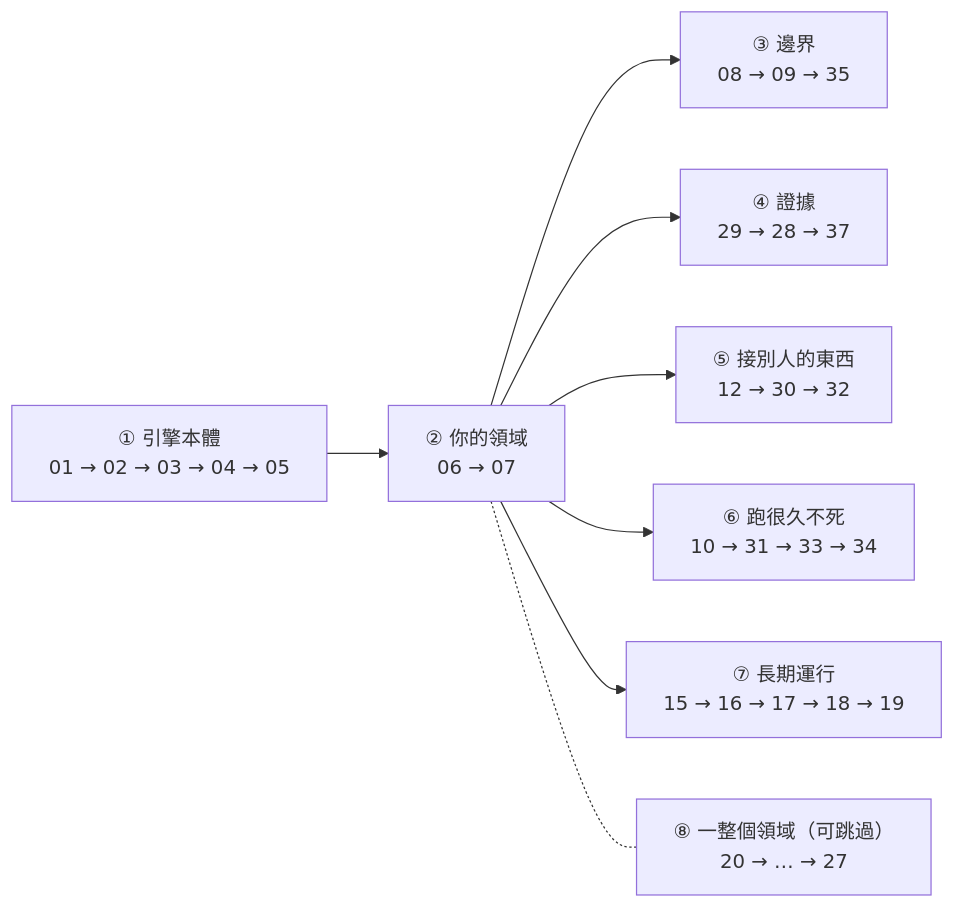
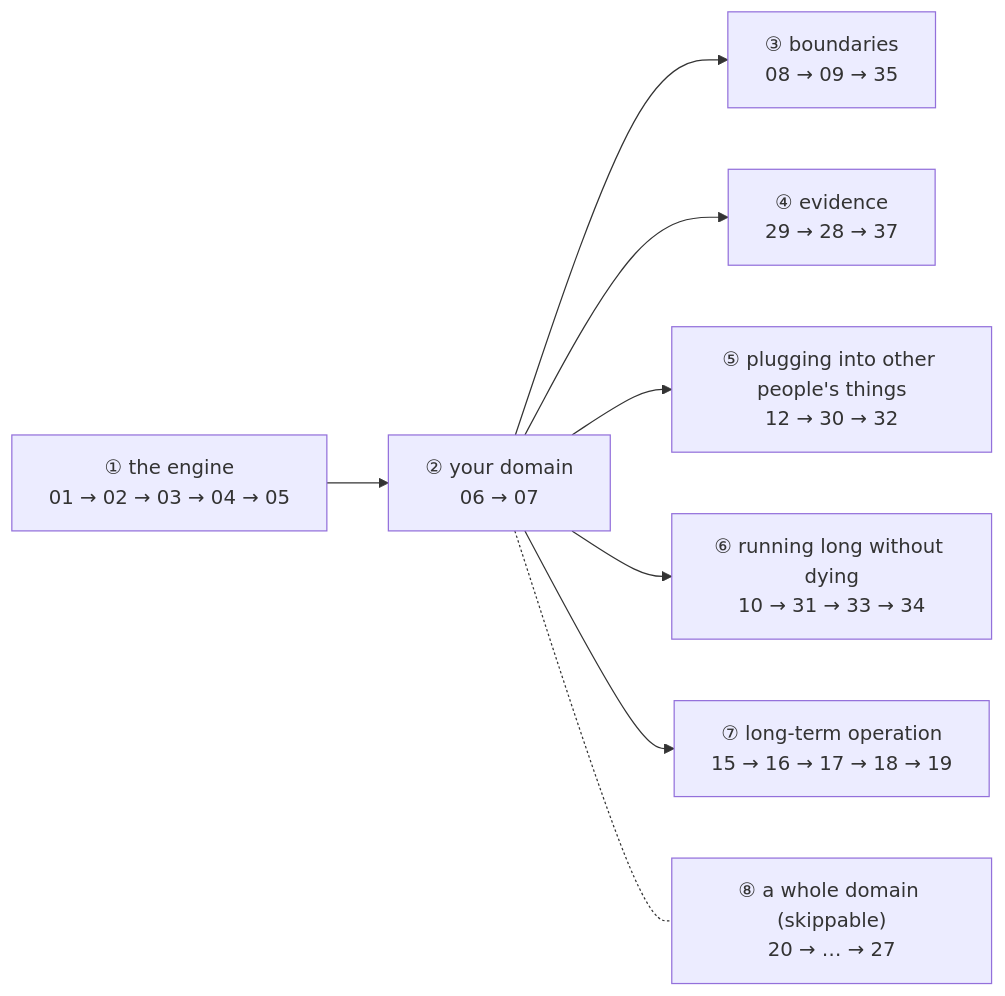
One commit to whereissam/learn-agent-engineering-from-production changed the diagram in docs/TODO.md. Above: the diagram before and after it, drawn with Mermaid. The commit also changed other lines of this file and 16 other files, not shown here.

````diff
--- a/docs/TODO.md
+++ b/docs/TODO.md
@@ -218,10 +218,10 @@
 ```mermaid
 flowchart LR
-    C["① 引擎本體<br/>01 → 02 → 03 → 04 → 05"] --> D["② 你的領域<br/>06 → 07"]
-    D --> B["③ 邊界<br/>08 → 09 → 35"]
-    D --> E["④ 證據<br/>29 → 28 → 37"]
-    D --> T["⑤ 接別人的東西<br/>12 → 30 → 32"]
-    D --> S["⑥ 跑很久不死<br/>10 → 31 → 33 → 34"]
-    D --> L["⑦ 長期運行<br/>15 → 16 → 17 → 18 → 19"]
-    D -.- W["⑧ 一整個領域（可跳過）<br/>20 → … → 27"]
+    C["① the engine<br/>01 → 02 → 03 → 04 → 05"] --> D["② your domain<br/>06 → 07"]
+    D --> B["③ boundaries<br/>08 → 09 → 35"]
+    D --> E["④ evidence<br/>29 → 28 → 37"]
+    D --> T["⑤ plugging into other people's things<br/>12 → 30 → 32"]
+    D --> S["⑥ running long without dying<br/>10 → 31 → 33 → 34"]
+    D --> L["⑦ long-term operation<br/>15 → 16 → 17 → 18 → 19"]
+    D -.- W["⑧ a whole domain (skippable)<br/>20 → … → 27"]
 ```
````
